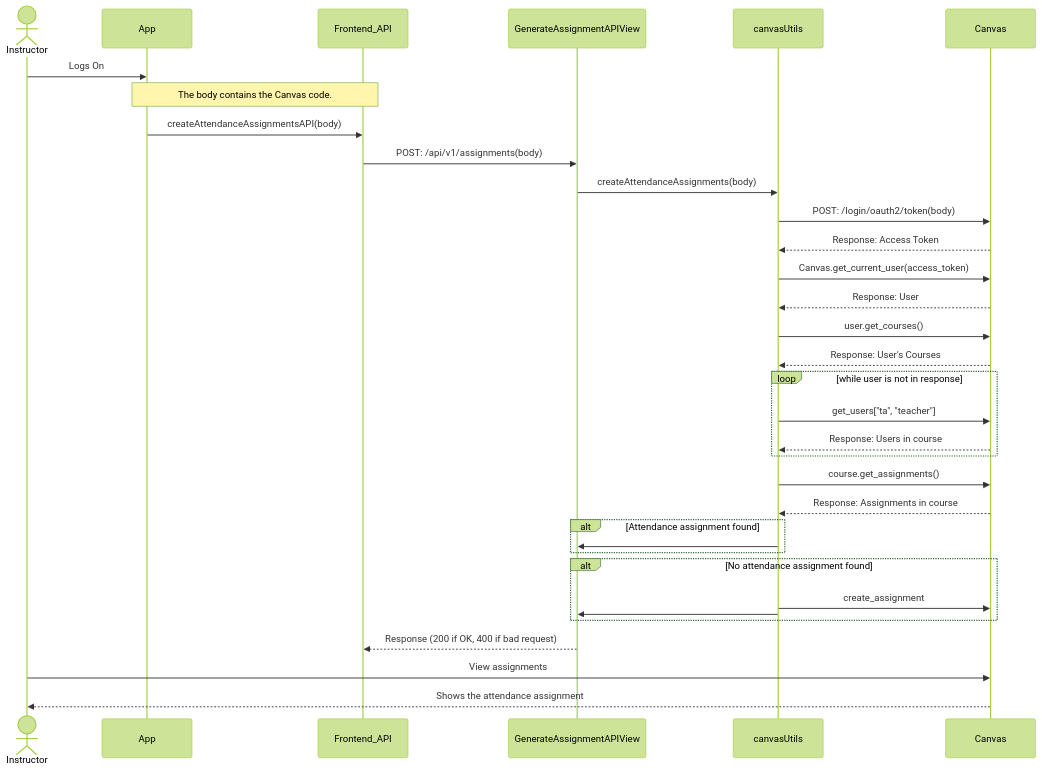
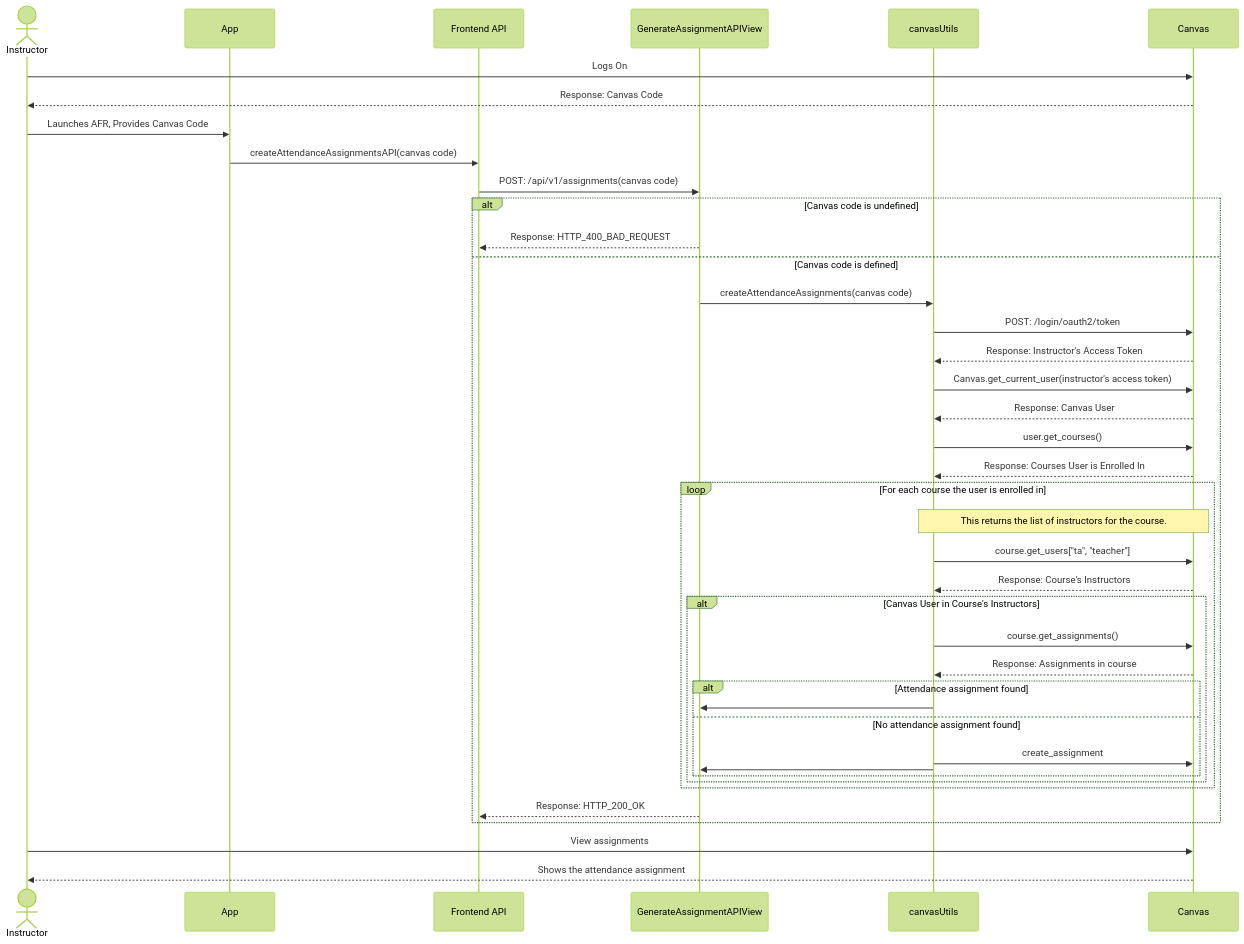
One commit to Capstone-Projects-2022-Fall/project-attendance-face-recognition changed the second of 3 diagrams in documentation/docs/system-architecture/design.md. Above: the diagram before and after it, drawn with Mermaid (forest theme). The commit also changed other lines of this file, not shown here.

Commit message:
Update design.md to improve Canvas auto-grade sequence diagrams

````diff
--- a/documentation/docs/system-architecture/design.md
+++ b/documentation/docs/system-architecture/design.md
@@ -239,36 +239,43 @@
 ```mermaid
 sequenceDiagram
   actor Instructor
   participant App
-  participant Frontend_API
+  participant Frontend API
   participant GenerateAssignmentAPIView
   participant canvasUtils
   participant Canvas
-  Instructor->>App: Logs On
-  Note over App,Frontend_API: The body contains the Canvas code.
-  App->>Frontend_API: createAttendanceAssignmentsAPI(body)
-  Frontend_API->>GenerateAssignmentAPIView: POST: /api/v1/assignments(body)
-  GenerateAssignmentAPIView->>canvasUtils: createAttendanceAssignments(body)
-  canvasUtils->>Canvas: POST: /login/oauth2/token(body)
-  Canvas-->>canvasUtils: Response: Access Token
-  canvasUtils->>Canvas: Canvas.get_current_user(access_token)
-  Canvas-->>canvasUtils: Response: User
-  canvasUtils->>Canvas: user.get_courses()
-  Canvas-->>canvasUtils: Response: User's Courses
-  loop while user is not in response
-    canvasUtils->>Canvas: get_users["ta", "teacher"]
-    Canvas-->>canvasUtils: Response: Users in course
+  Instructor->>Canvas: Logs On
+  Canvas-->>Instructor: Response: Canvas Code
+  Instructor->>App: Launches AFR, Provides Canvas Code
+  App->>Frontend API: createAttendanceAssignmentsAPI(canvas code)
+  Frontend API->>GenerateAssignmentAPIView: POST: /api/v1/assignments(canvas code)
+  alt Canvas code is undefined
+    GenerateAssignmentAPIView-->>Frontend API: Response: HTTP_400_BAD_REQUEST
+  else Canvas code is defined
+    GenerateAssignmentAPIView->>canvasUtils: createAttendanceAssignments(canvas code)
+    canvasUtils->>Canvas: POST: /login/oauth2/token
+    Canvas-->>canvasUtils: Response: Instructor's Access Token
+    canvasUtils->>Canvas: Canvas.get_current_user(instructor's access token)
+    Canvas-->>canvasUtils: Response: Canvas User
+    canvasUtils->>Canvas: user.get_courses()
+    Canvas-->>canvasUtils: Response: Courses User is Enrolled In
+    loop For each course the user is enrolled in
+      Note over canvasUtils,Canvas: This returns the list of instructors for the course.
+      canvasUtils->>Canvas: course.get_users["ta", "teacher"]
+      Canvas-->>canvasUtils: Response: Course's Instructors
+      alt Canvas User in Course's Instructors
+        canvasUtils->>Canvas: course.get_assignments()
+        Canvas-->>canvasUtils: Response: Assignments in course
+        alt Attendance assignment found
+          canvasUtils->>GenerateAssignmentAPIView: 
+        else No attendance assignment found
+          canvasUtils->>Canvas: create_assignment
+          canvasUtils->>GenerateAssignmentAPIView: 
+        end
+      end
+    end
+    GenerateAssignmentAPIView-->>Frontend API: Response: HTTP_200_OK
   end
-  canvasUtils->>Canvas: course.get_assignments()
-  Canvas-->>canvasUtils: Response: Assignments in course
-  alt Attendance assignment found
-    canvasUtils->>GenerateAssignmentAPIView: 
-  end
-  alt No attendance assignment found
-    canvasUtils->>Canvas: create_assignment
-    canvasUtils->>GenerateAssignmentAPIView: 
-  end
-  GenerateAssignmentAPIView-->>Frontend_API: Response (200 if OK, 400 if bad request)
   Instructor->>Canvas: View assignments
   Canvas-->>Instructor: Shows the attendance assignment
 ```
````
